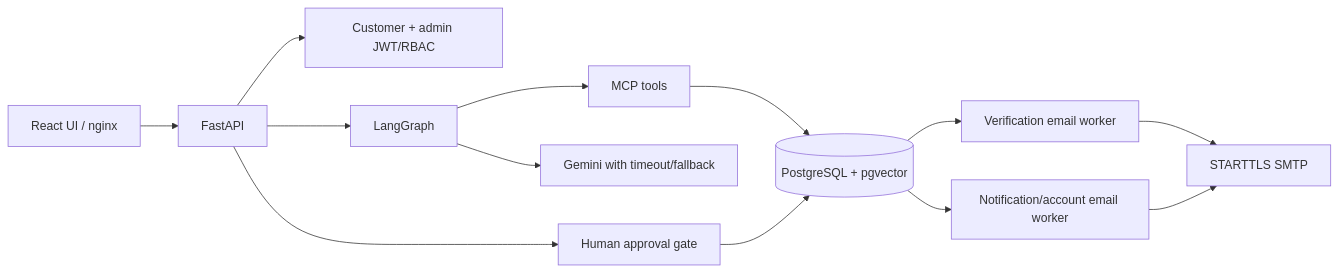
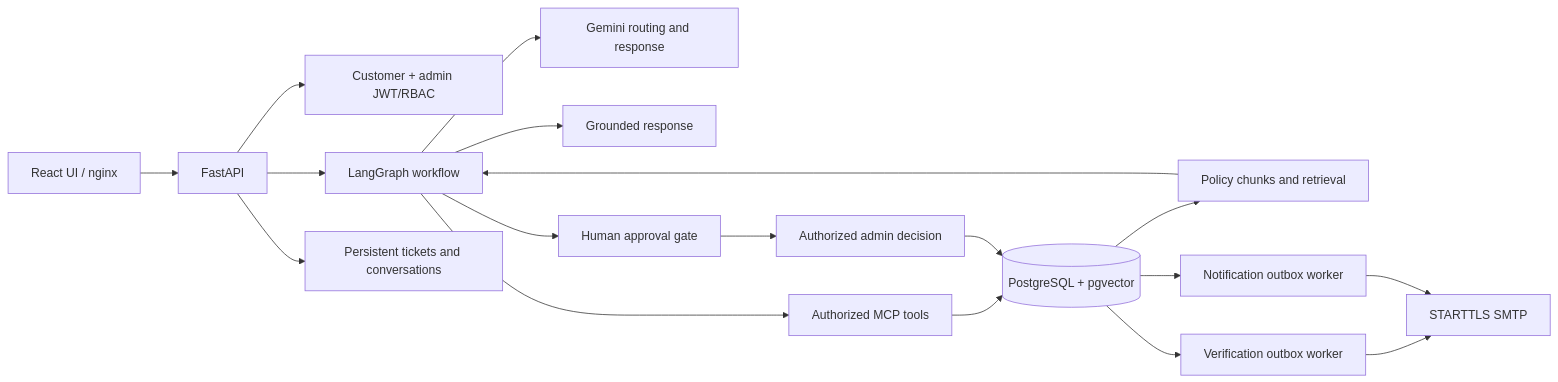
The diagram in README.md (m-mubeenpervez/supportflow-ai), drawn with Mermaid before and after one commit. The commit also changed other lines of this file, not shown here.

Commit message:
docs: improve README architecture and release verification

````diff
--- a/README.md
+++ b/README.md
@@ -7,15 +28,20 @@
 ```mermaid
 flowchart LR
     Browser[React UI / nginx] --> API[FastAPI]
     API --> Auth[Customer + admin JWT/RBAC]
-    API --> Graph[LangGraph]
-    Graph --> MCP[MCP tools]
+    API --> Graph[LangGraph workflow]
+    Graph --> Gemini[Gemini routing and response]
+    Graph --> MCP[Authorized MCP tools]
     MCP --> DB[(PostgreSQL + pgvector)]
-    Graph --> Gemini[Gemini with timeout/fallback]
-    API --> Approval[Human approval gate]
-    Approval --> DB
-    DB --> VerifyWorker[Verification email worker]
-    DB --> NoticeWorker[Notification/account email worker]
+    DB --> RAG[Policy chunks and retrieval]
+    RAG --> Graph
+    Graph --> Response[Grounded response]
+    Graph --> Approval[Human approval gate]
+    Approval --> Admin[Authorized admin decision]
+    Admin --> DB
+    API --> Conversations[Persistent tickets and conversations]
+    DB --> VerifyWorker[Verification outbox worker]
+    DB --> NoticeWorker[Notification outbox worker]
     VerifyWorker --> SMTP[STARTTLS SMTP]
     NoticeWorker --> SMTP
 ```
````
